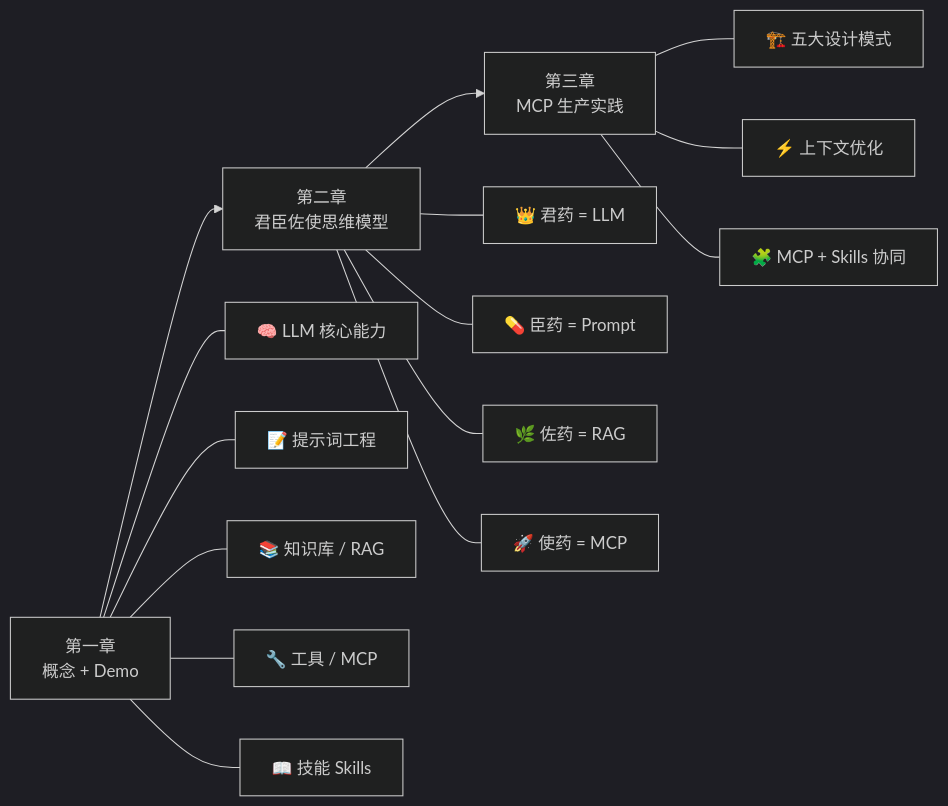
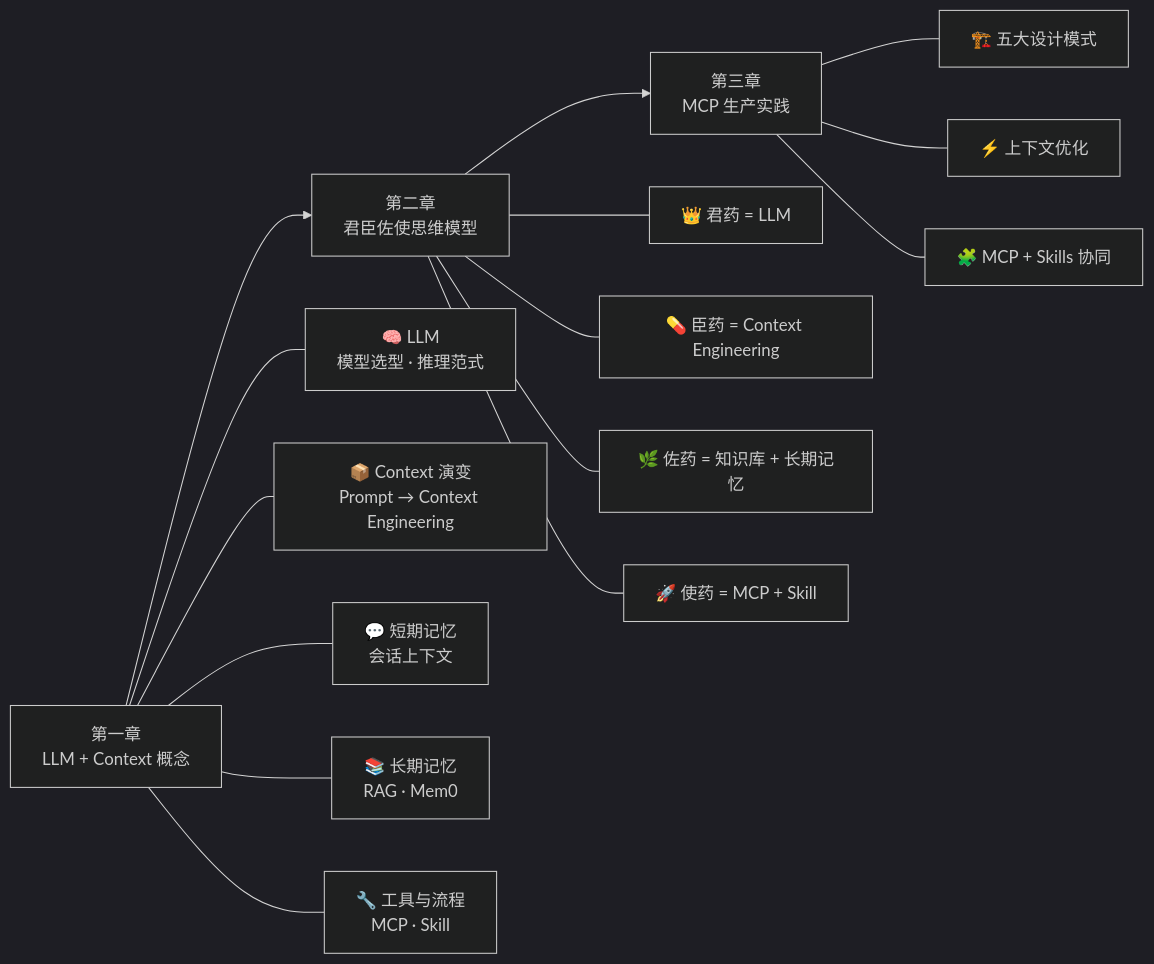
The second of 2 diagrams in note/11.ai/training/lesson1/README.md (wb04307201/wb04307201), drawn with Mermaid (dark theme) before and after one commit. The commit also changed other lines of this file and 4 other files, not shown here.

````diff
--- a/note/11.ai/training/lesson1/README.md
+++ b/note/11.ai/training/lesson1/README.md
@@ -97,20 +104,20 @@
 ```mermaid
 graph LR
-    A["第一章<br/>概念 + Demo"] --> B["第二章<br/>君臣佐使思维模型"]
+    A["第一章<br/>LLM + Context 概念"] --> B["第二章<br/>君臣佐使思维模型"]
     B --> C["第三章<br/>MCP 生产实践"]
-    
-    A --- A1["🧠 LLM 核心能力"]
-    A --- A2["📝 提示词工程"]
-    A --- A3["📚 知识库 / RAG"]
-    A --- A4["🔧 工具 / MCP"]
-    A --- A5["📖 技能 Skills"]
-    
+
+    A --- A1["🧠 LLM<br/>模型选型 · 推理范式"]
+    A --- A2["📦 Context 演变<br/>Prompt → Context Engineering"]
+    A --- A3["💬 短期记忆<br/>会话上下文"]
+    A --- A4["📚 长期记忆<br/>RAG · Mem0"]
+    A --- A5["🔧 工具与流程<br/>MCP · Skill"]
+
     B --- B1["👑 君药 = LLM"]
-    B --- B2["💊 臣药 = Prompt"]
-    B --- B3["🌿 佐药 = RAG"]
-    B --- B4["🚀 使药 = MCP"]
-    
+    B --- B2["💊 臣药 = Context Engineering"]
+    B --- B3["🌿 佐药 = 知识库 + 长期记忆"]
+    B --- B4["🚀 使药 = MCP + Skill"]
+
     C --- C1["🏗️ 五大设计模式"]
     C --- C2["⚡ 上下文优化"]
     C --- C3["🧩 MCP + Skills 协同"]
 ```
````
